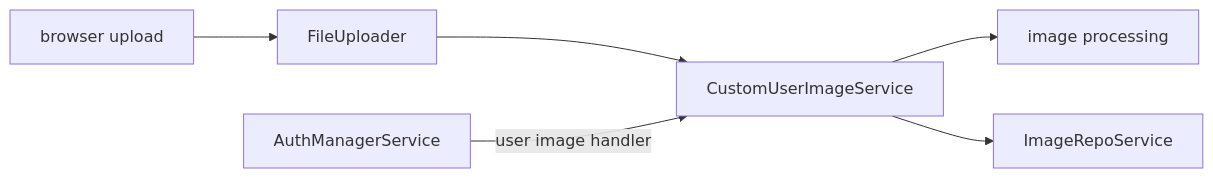
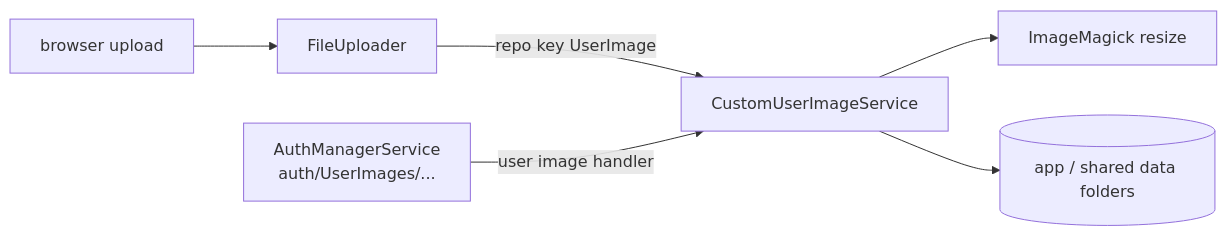
Before and after one commit to dosh1974/SysWeaver: the diagram in SysWeaver.MicroService.CustomUserImage/README.md, drawn with Mermaid. The commit also changed other lines of this file and 532 other files, not shown here.

````diff
--- a/SysWeaver.MicroService.CustomUserImage/README.md
+++ b/SysWeaver.MicroService.CustomUserImage/README.md
@@ -18,8 +18,8 @@
 ```mermaid
 flowchart LR
   B["browser upload"] --> Up["FileUploader"]
-  Up --> CUI["CustomUserImageService"]
-  CUI --> Media["image processing"]
-  CUI --> Repo["ImageRepoService"]
-  AM["AuthManagerService"] -->|user image handler| CUI
+  Up -->|"repo key UserImage"| CUI["CustomUserImageService"]
+  CUI --> Media["ImageMagick resize"]
+  CUI --> Disc[("app / shared data folders")]
+  AM["AuthManagerService<br/>auth/UserImages/..."] -->|"user image handler"| CUI
 ```
````
